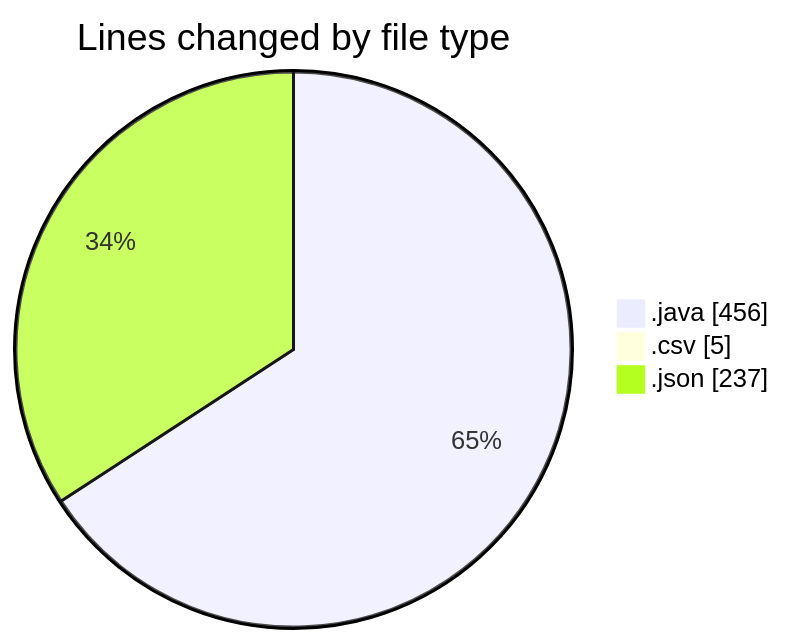
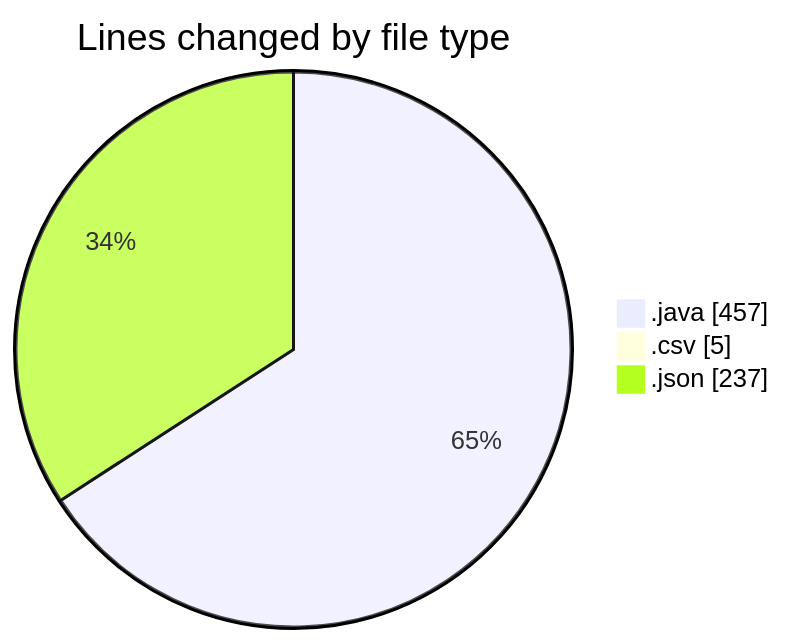
The first of 2 diagrams in 2026-09-10/cilapp/README.md (ricardozamudiocil/code-tracking), drawn with Mermaid before and after one commit. The commit also changed other lines of this file and 1 other file, not shown here.

````diff
--- a/2026-09-10/cilapp/README.md
+++ b/2026-09-10/cilapp/README.md
@@ -23,7 +23,7 @@
 ```mermaid
 pie showData
 title Lines changed by file type
-".java" : 456
+".java" : 457
 ".csv" : 5
 ".json" : 237
 ```
````
